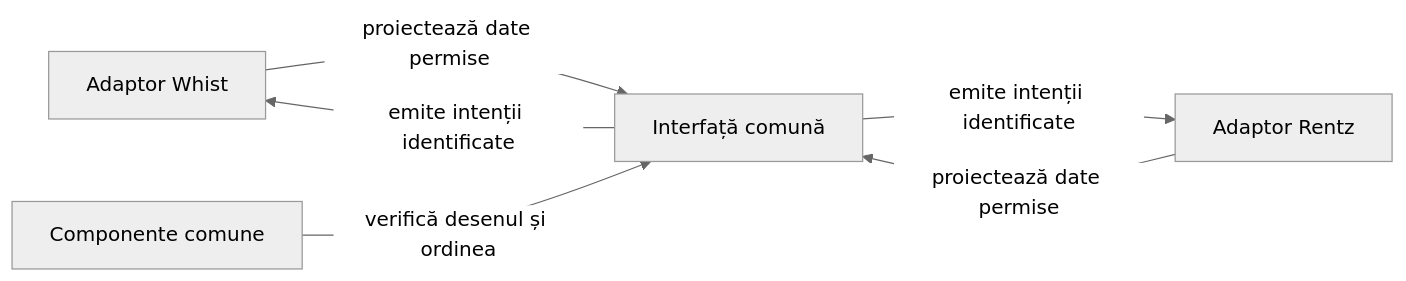
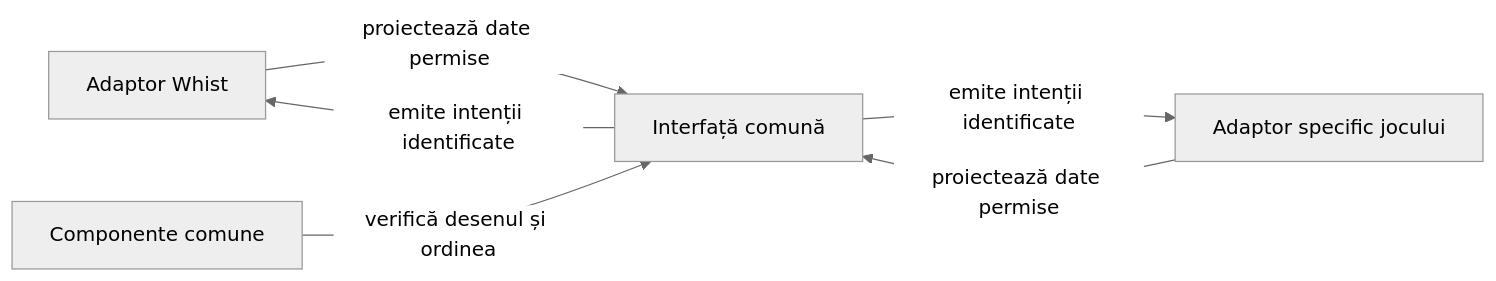
The diagram in docs/feedback/ATF_CardUi_Extraction.md (crististefanita/atf_j4), drawn with Mermaid (neutral theme) before and after one commit. The commit also changed other lines of this file and 11 other files, not shown here.

````diff
--- a/docs/feedback/ATF_CardUi_Extraction.md
+++ b/docs/feedback/ATF_CardUi_Extraction.md
@@ -28,8 +28,8 @@
 ```mermaid
 flowchart LR
     WHIST[Adaptor Whist] -->|proiectează date permise| UI[Interfață comună]
-    RENTZ[Adaptor Rentz] -->|proiectează date permise| UI
+    OTHER[Adaptor specific jocului] -->|proiectează date permise| UI
     UI -->|emite intenții identificate| WHIST
-    UI -->|emite intenții identificate| RENTZ
+    UI -->|emite intenții identificate| OTHER
     CONTRACT[Componente comune] -->|verifică desenul și ordinea| UI
 ```
````
